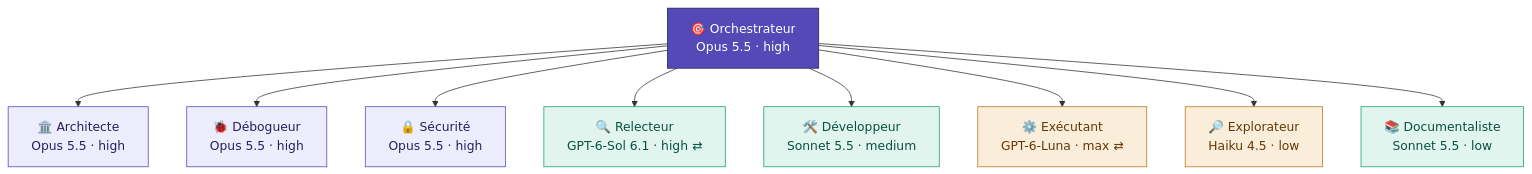
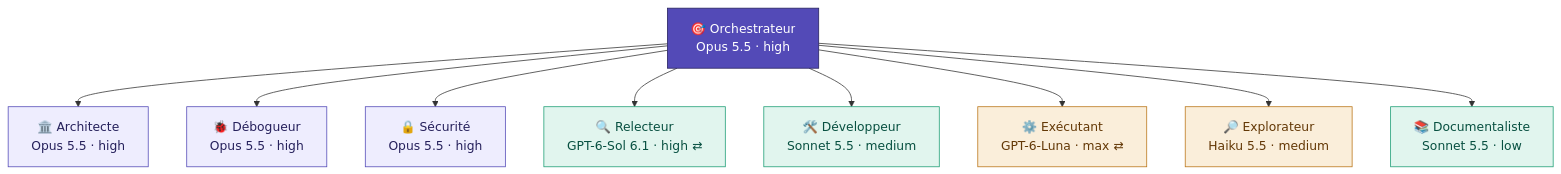
Before and after one commit to Eydenn/loomy: the second of 2 diagrams in README.fr.md, drawn with Mermaid. The commit also changed other lines of this file and 13 other files, not shown here.

First line of the commit message:
0.14.0: Claude Haiku 5.5 as the fast Claude model (explorer, full-Claude executor), long-prompt rate, role subagents follow the routing

````diff
--- a/README.fr.md
+++ b/README.fr.md
@@ -415,16 +415,16 @@
 ```mermaid
 flowchart TB
   L["🎯 Orchestrateur<br/>Opus 5.5 · high"]:::lead
   L --> AR["🏛️ Architecte<br/>Opus 5.5 · high"]:::deep
   L --> DB["🐞 Débogueur<br/>Opus 5.5 · high"]:::deep
   L --> SE["🔒 Sécurité<br/>Opus 5.5 · high"]:::deep
   L --> RV["🔍 Relecteur<br/>GPT-6-Sol 6.1 · high ⇄"]:::std
   L --> DV["🛠️ Développeur<br/>Sonnet 5.5 · medium"]:::std
   L --> EX["⚙️ Exécutant<br/>GPT-6-Luna · max ⇄"]:::fast
-  L --> XP["🔎 Explorateur<br/>Haiku 4.5 · low"]:::fast
+  L --> XP["🔎 Explorateur<br/>Haiku 5.5 · medium"]:::fast
   L --> DO["📚 Documentaliste<br/>Sonnet 5.5 · low"]:::std
   classDef lead fill:#534AB7,stroke:#26215C,color:#FFFFFF
   classDef deep fill:#EEEDFE,stroke:#534AB7,color:#26215C
   classDef std fill:#E1F5EE,stroke:#1D9E75,color:#085041
   classDef fast fill:#FAEEDA,stroke:#BA7517,color:#633806
 ```
````
